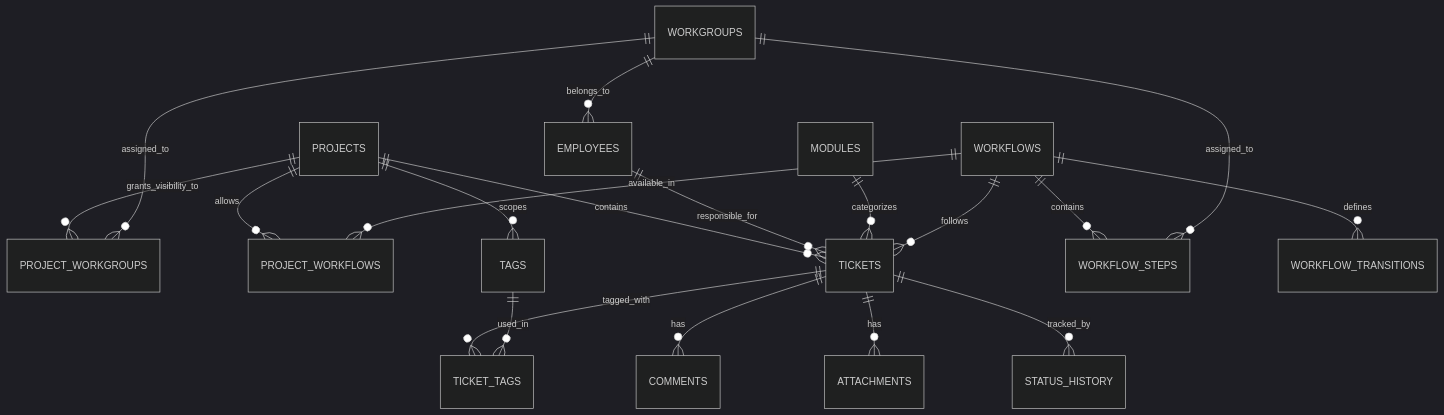
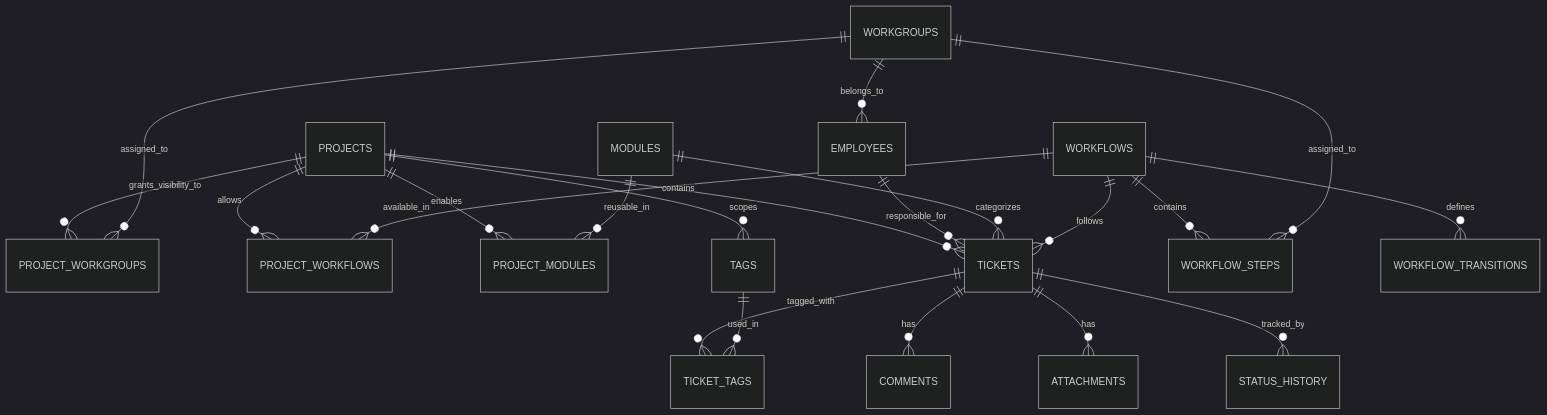
The diagram in README.md (AbdullaAlmarzooq/liteboard), drawn with Mermaid (dark theme) before and after one commit. The commit also changed other lines of this file and 15 other files, not shown here.

````diff
--- a/README.md
+++ b/README.md
@@ -149,21 +150,23 @@
 ```mermaid
 erDiagram
     PROJECTS ||--o{ PROJECT_WORKGROUPS : grants_visibility_to
     WORKGROUPS ||--o{ PROJECT_WORKGROUPS : assigned_to
     PROJECTS ||--o{ PROJECT_WORKFLOWS : allows
     WORKFLOWS ||--o{ PROJECT_WORKFLOWS : available_in
+    PROJECTS ||--o{ PROJECT_MODULES : enables
+    MODULES ||--o{ PROJECT_MODULES : reusable_in
     PROJECTS ||--o{ TICKETS : contains
     PROJECTS ||--o{ TAGS : scopes
     WORKFLOWS ||--o{ WORKFLOW_STEPS : contains
     WORKFLOWS ||--o{ WORKFLOW_TRANSITIONS : defines
     WORKGROUPS ||--o{ EMPLOYEES : belongs_to
     WORKGROUPS ||--o{ WORKFLOW_STEPS : assigned_to
     EMPLOYEES ||--o{ TICKETS : responsible_for
     MODULES ||--o{ TICKETS : categorizes
     TICKETS ||--o{ TICKET_TAGS : tagged_with
     TICKETS ||--o{ COMMENTS : has
     TICKETS ||--o{ ATTACHMENTS : has
     TICKETS ||--o{ STATUS_HISTORY : tracked_by
     TAGS ||--o{ TICKET_TAGS : used_in
     WORKFLOWS ||--o{ TICKETS : follows
 ```
````
